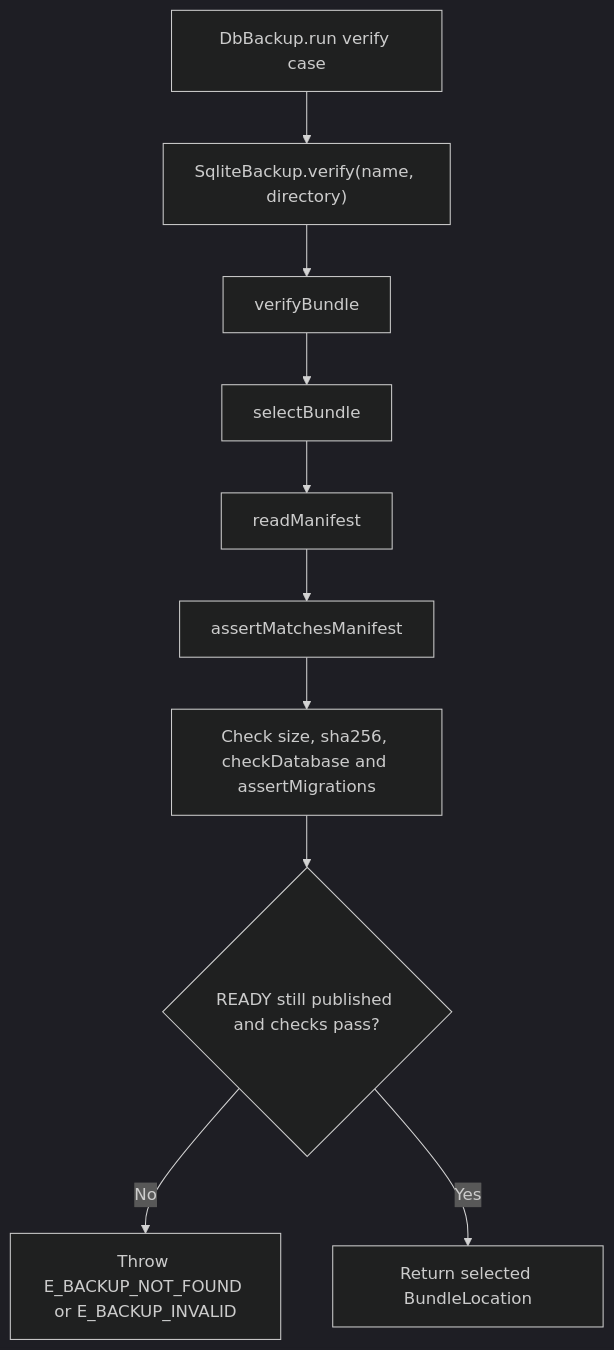
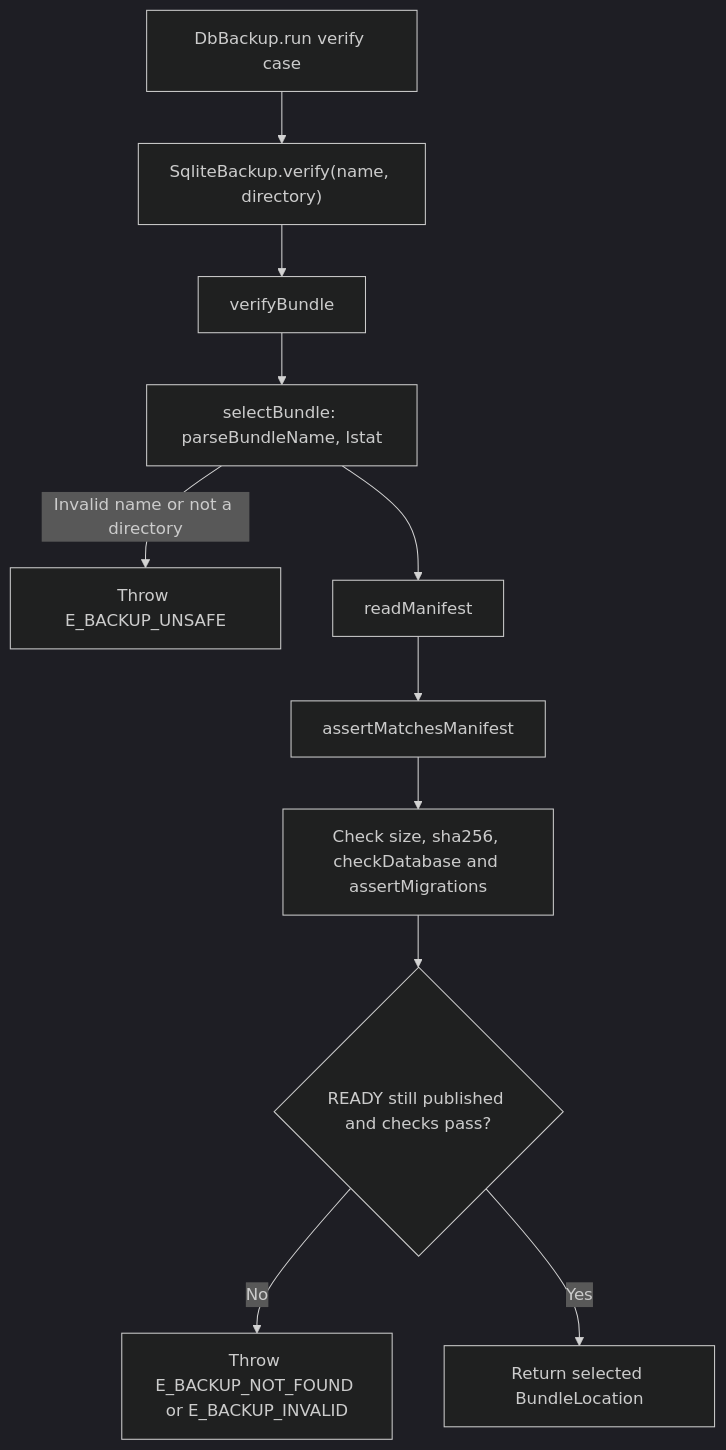
Before and after one commit to Kevinjohn/oss-adonisjs-sqlite-backup: the second of 2 diagrams in user-stories/verify-bundle/us-op-03-verify-bundle.md, drawn with Mermaid (dark theme). The commit also changed other lines of this file and 9 other files, not shown here.

````diff
--- a/user-stories/verify-bundle/us-op-03-verify-bundle.md
+++ b/user-stories/verify-bundle/us-op-03-verify-bundle.md
@@ -41,12 +43,13 @@
 ```mermaid
 flowchart TD
     A["DbBackup.run verify case"] --> B["SqliteBackup.verify(name, directory)"]
     B --> C["verifyBundle"]
-    C --> D["selectBundle"]
+    C --> D["selectBundle: parseBundleName, lstat"]
+    D -->|Invalid name or not a directory| X["Throw E_BACKUP_UNSAFE"]
     D --> E["readManifest"]
     E --> F["assertMatchesManifest"]
     F --> G["Check size, sha256, checkDatabase and assertMigrations"]
     G --> H{"READY still published and checks pass?"}
     H -->|No| I["Throw E_BACKUP_NOT_FOUND or E_BACKUP_INVALID"]
     H -->|Yes| J["Return selected BundleLocation"]
 ```
````
